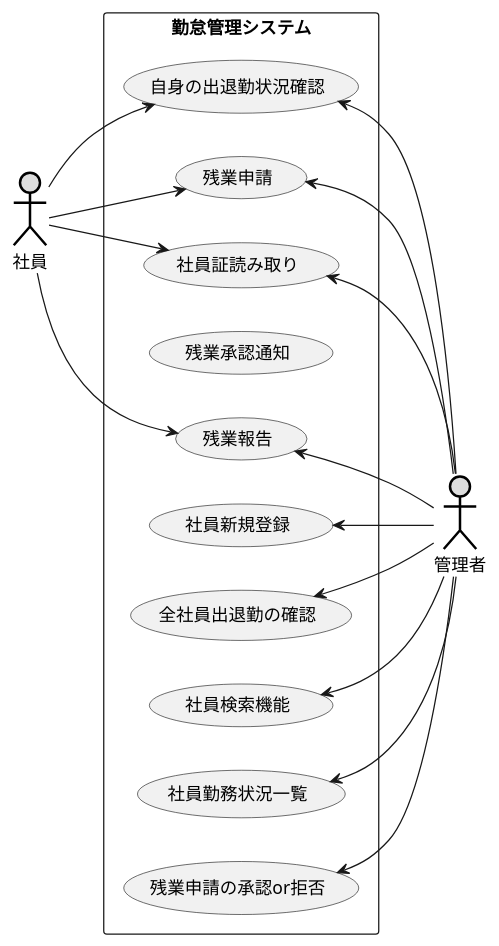
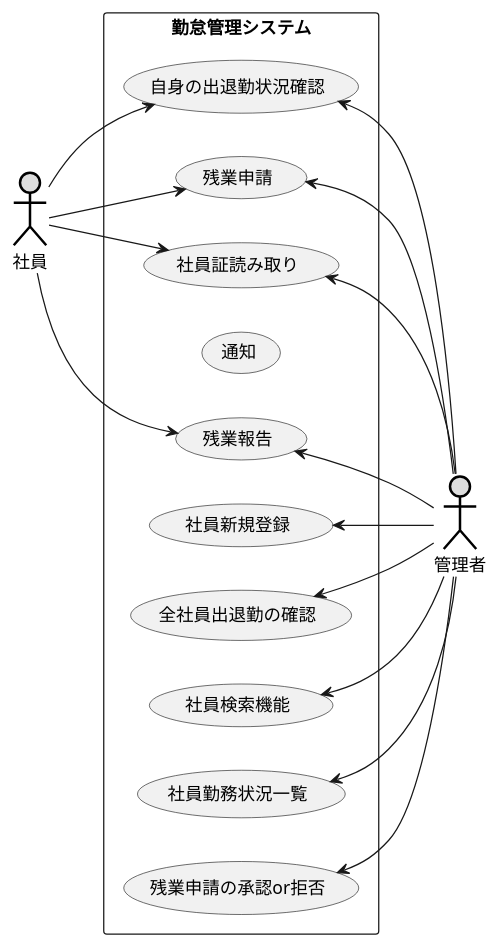
Before and after one commit to hosoya0503/uml-intro: the diagram in pro.pu, drawn with PlantUML.

Commit message:
手直し

```diff
--- a/pro.pu
+++ b/pro.pu
@@ -1,35 +1,35 @@
 @startuml プロジェクト開発
 left to right direction
 actor 社員 #DDDDDD;line:black;line.bold;
 actor 管理者 #DDDDDD;line:black;line.bold;
 rectangle 勤怠管理システム {
 
     usecase 自身の出退勤状況確認
     usecase 残業申請
     usecase 社員証読み取り
-    usecase 残業承認通知
+    usecase 通知
     usecase 残業報告
 
     usecase 社員新規登録
     usecase 全社員出退勤の確認
     usecase 社員検索機能
     usecase 社員勤務状況一覧
     usecase 残業申請の承認or拒否
 
 }
 社員 --> 社員証読み取り
 社員 --> 自身の出退勤状況確認
 社員 --> 残業申請
 社員 --> 残業報告
 
 社員証読み取り <-- 管理者
 自身の出退勤状況確認 <-- 管理者
 社員新規登録 <-- 管理者
 全社員出退勤の確認 <-- 管理者
 社員検索機能 <-- 管理者
 社員勤務状況一覧 <-- 管理者
 残業申請 <-- 管理者
 残業申請の承認or拒否 <-- 管理者
 残業報告 <-- 管理者
 
 @enduml
```
